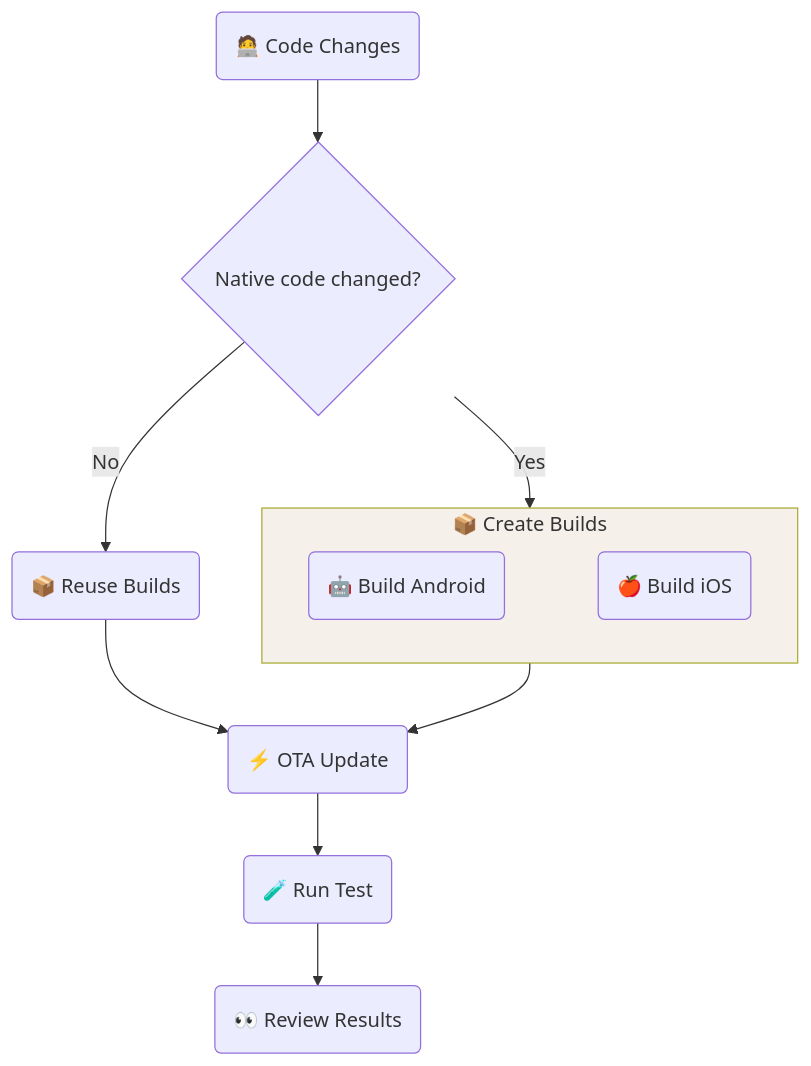
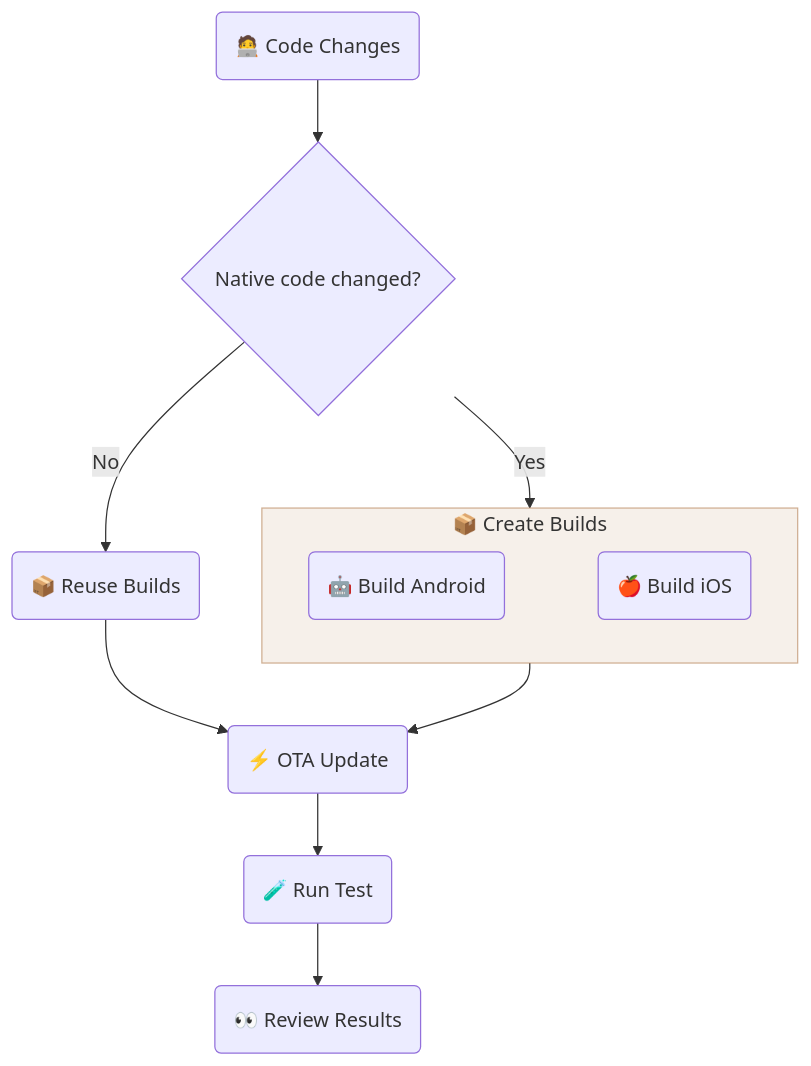
Before and after one commit to sherlo-io/sherlo: the diagram in examples/eas-update/README.md, drawn with Mermaid. The commit also changed 2 other files, not shown here.

Commit message:
no message

````diff
--- a/examples/eas-update/README.md
+++ b/examples/eas-update/README.md
@@ -14,22 +14,22 @@
 ```mermaid
 flowchart TB
    UI(🧑‍💻 Code Changes)
    Check{Native code changed?}
    Reuse(📦 Reuse Builds)
    subgraph Build[📦 Create Builds]
       Android(🤖 Build Android)
       iOS(🍎 Build iOS)
       Android ~~~ iOS
-      style Build fill:#b8885f21
+      style Build fill:#b8885f21,stroke:#b8885fa6
    end
    Update(⚡ OTA Update)
    Test(🧪 Run Test)
    Review(👀 Review Results)
 
    UI --> Check
    Check -->|No| Reuse
    Check -->|Yes| Build
    Reuse & Build --> Update
    Update --> Test
    Test --> Review
 ```
````
